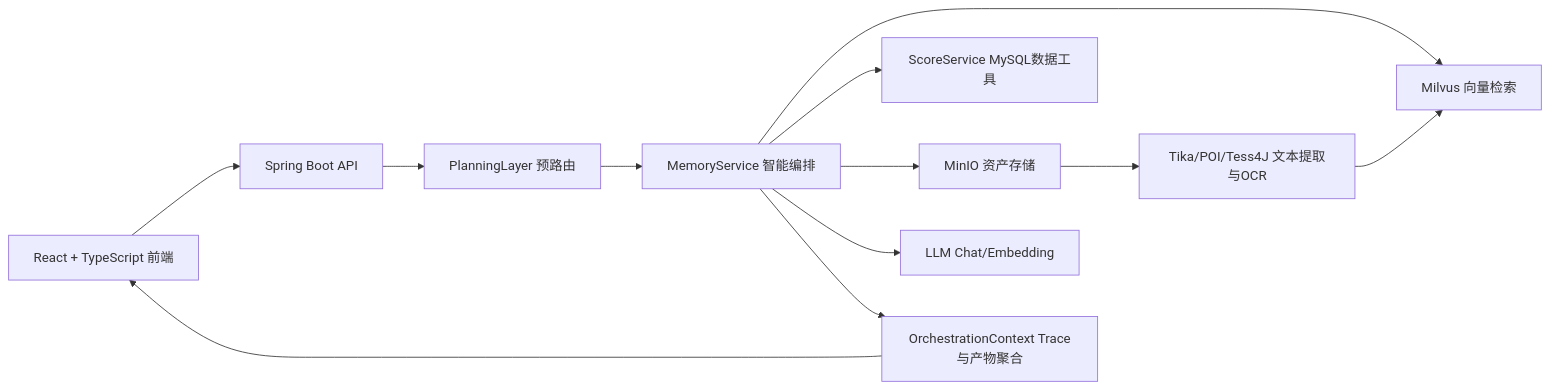
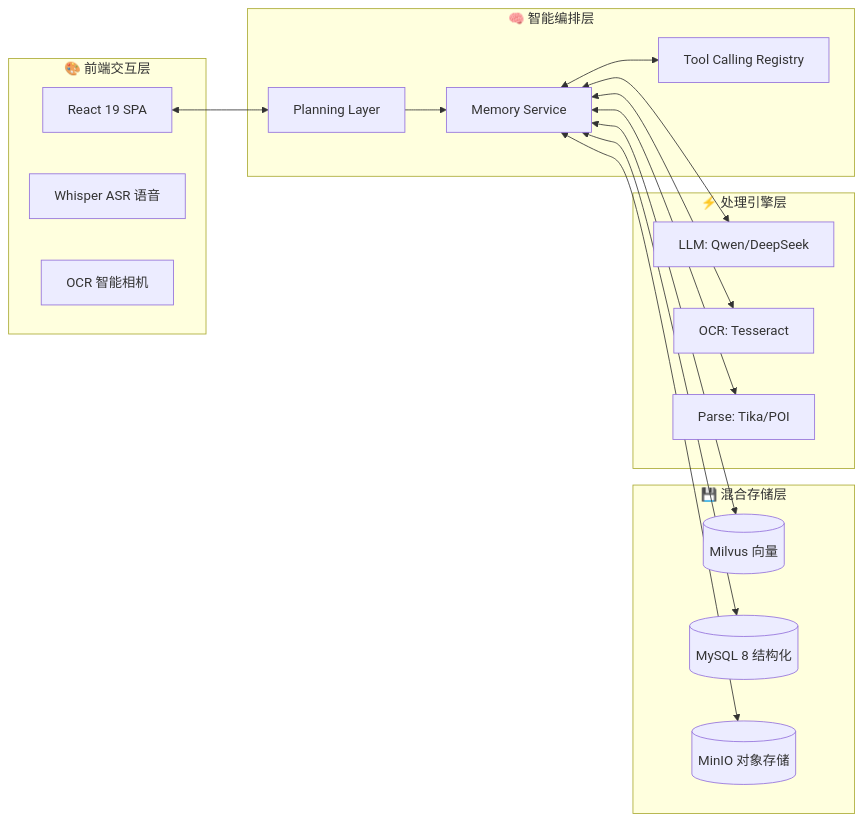
One commit to z2hYtwo/CampusDigitalAIMemoryEngine changed the diagram in README.md. Above: the diagram before and after it, drawn with Mermaid. The commit also changed other lines of this file, not shown here.

````diff
--- a/README.md
+++ b/README.md
@@ -31,14 +65,32 @@
 ```mermaid
-flowchart LR
-  A[React + TypeScript 前端] --> B[Spring Boot API]
-  B --> C[PlanningLayer 预路由]
-  C --> D[MemoryService 智能编排]
-  D --> E[Milvus 向量检索]
-  D --> F[ScoreService MySQL数据工具]
-  D --> G[MinIO 资产存储]
-  G --> H[Tika/POI/Tess4J 文本提取与OCR]
-  H --> E
-  D --> I[LLM Chat/Embedding]
-  D --> J[OrchestrationContext Trace与产物聚合]
-  J --> A
+graph LR
+    subgraph Client ["🎨 前端交互层"]
+        A[React 19 SPA]
+        B[Whisper ASR 语音]
+        C[OCR 智能相机]
+    end
+
+    subgraph Orchestrator ["🧠 智能编排层"]
+        D[Planning Layer]
+        E[Memory Service]
+        F[Tool Calling Registry]
+    end
+
+    subgraph Storage ["💾 混合存储层"]
+        G[(Milvus 向量)]
+        H[(MySQL 8 结构化)]
+        I[(MinIO 对象存储)]
+    end
+
+    subgraph Engines ["⚡ 处理引擎层"]
+        J[LLM: Qwen/DeepSeek]
+        K[OCR: Tesseract]
+        L[Parse: Tika/POI]
+    end
+
+    A <--> D
+    D --> E
+    E <--> F
+    E <--> G & H & I
+    E <--> J & K & L
 ```
````
